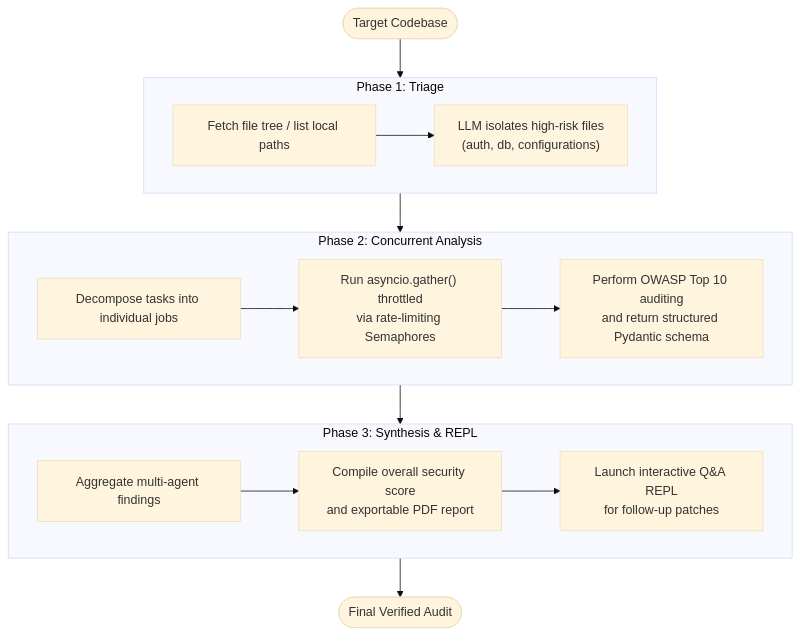
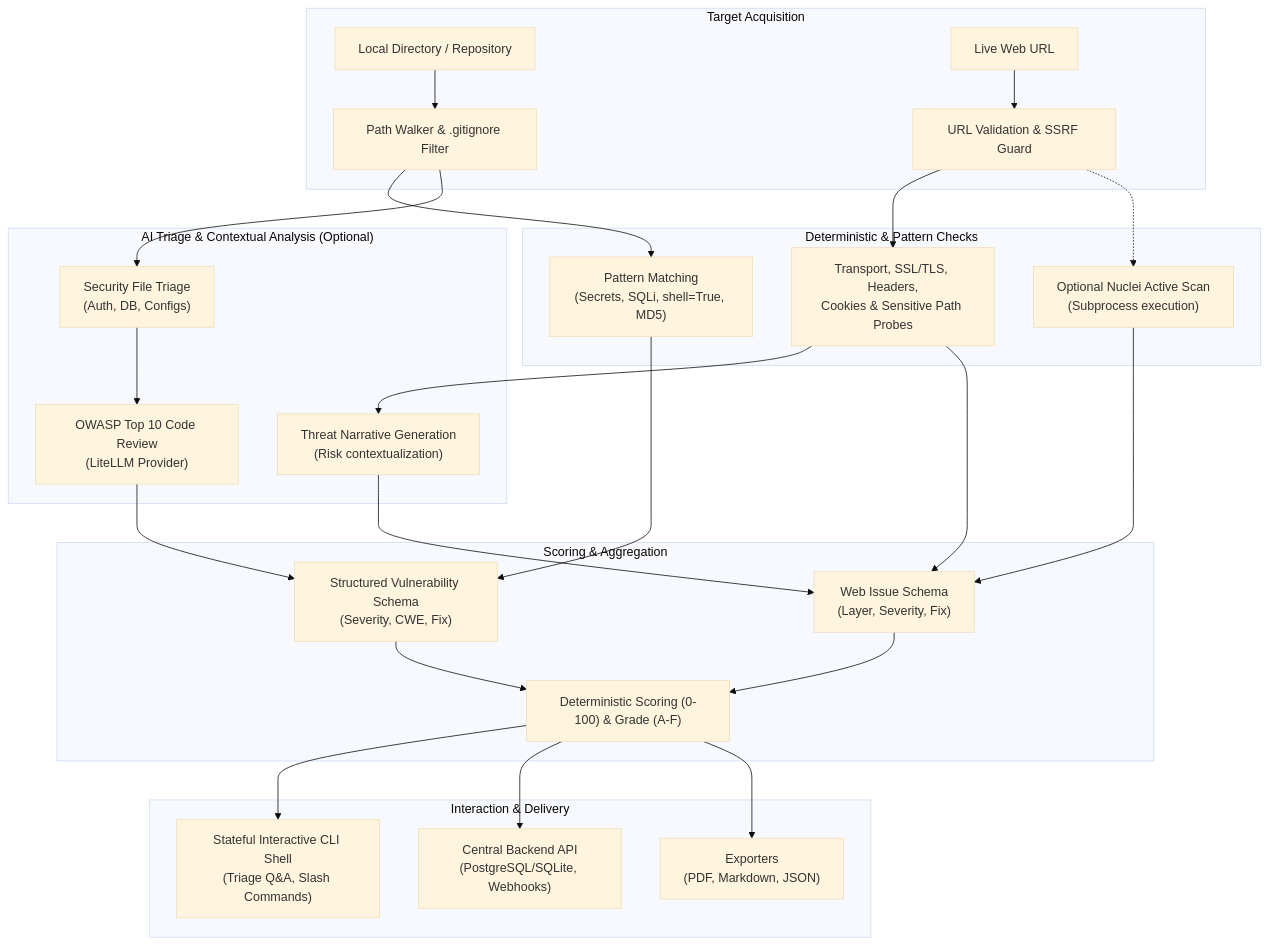
Before and after one commit to Rarebuffalo/securelens-backend: the diagram in README.md, drawn with Mermaid (base theme). The commit also changed other lines of this file, not shown here.

Commit message:
Update README with verified status and test baseline

````diff
--- a/README.md
+++ b/README.md
@@ -73,30 +196,32 @@
 ```mermaid
 flowchart TD
-    A([Target Codebase]) --> B[Phase 1: Triage]
-    
-    subgraph B ["Phase 1: Triage"]
-        B1["Fetch file tree / list local paths"]
-        B2["LLM isolates high-risk files\n(auth, db, configurations)"]
-        B1 --> B2
+    subgraph Input ["Target Acquisition"]
+        A1["Local Directory / Repository"] --> B1["Path Walker & .gitignore Filter"]
+        A2["Live Web URL"] --> B2["URL Validation & SSRF Guard"]
     end
-    
-    B --> C[Phase 2: Concurrent Analysis]
-    
-    subgraph C ["Phase 2: Concurrent Analysis"]
-        C1["Decompose tasks into individual jobs"]
-        C2["Run asyncio.gather() throttled\nvia rate-limiting Semaphores"]
-        C3["Perform OWASP Top 10 auditing\nand return structured Pydantic schema"]
-        C1 --> C2 --> C3
+
+    subgraph Detection ["Deterministic & Pattern Checks"]
+        B1 --> C1["Pattern Matching\n(Secrets, SQLi, shell=True, MD5)"]
+        B2 --> C2["Transport, SSL/TLS, Headers,\nCookies & Sensitive Path Probes"]
+        B2 -.-> C3["Optional Nuclei Active Scan\n(Subprocess execution)"]
     end
-    
-    C --> D[Phase 3: Synthesis & REPL]
-    
-    subgraph D ["Phase 3: Synthesis & REPL"]
-        D1["Aggregate multi-agent findings"]
-        D2["Compile overall security score\nand exportable PDF report"]
-        D3["Launch interactive Q&A REPL\nfor follow-up patches"]
-        D1 --> D2 --> D3
+
+    subgraph AI_Layer ["AI Triage & Contextual Analysis (Optional)"]
+        B1 --> D1["Security File Triage\n(Auth, DB, Configs)"]
+        D1 --> D2["OWASP Top 10 Code Review\n(LiteLLM Provider)"]
+        C2 --> D3["Threat Narrative Generation\n(Risk contextualization)"]
     end
-    
-    D --> E([Final Verified Audit])
+
+    subgraph Synthesis ["Scoring & Aggregation"]
+        C1 & D2 --> E1["Structured Vulnerability Schema\n(Severity, CWE, Fix)"]
+        C2 & C3 & D3 --> E2["Web Issue Schema\n(Layer, Severity, Fix)"]
+        E1 --> F["Deterministic Scoring (0-100) & Grade (A-F)"]
+        E2 --> F
+    end
+
+    subgraph Presentation ["Interaction & Delivery"]
+        F --> G1["Stateful Interactive CLI Shell\n(Triage Q&A, Slash Commands)"]
+        F --> G2["Central Backend API\n(PostgreSQL/SQLite, Webhooks)"]
+        F --> G3["Exporters\n(PDF, Markdown, JSON)"]
+    end
 ```
````
